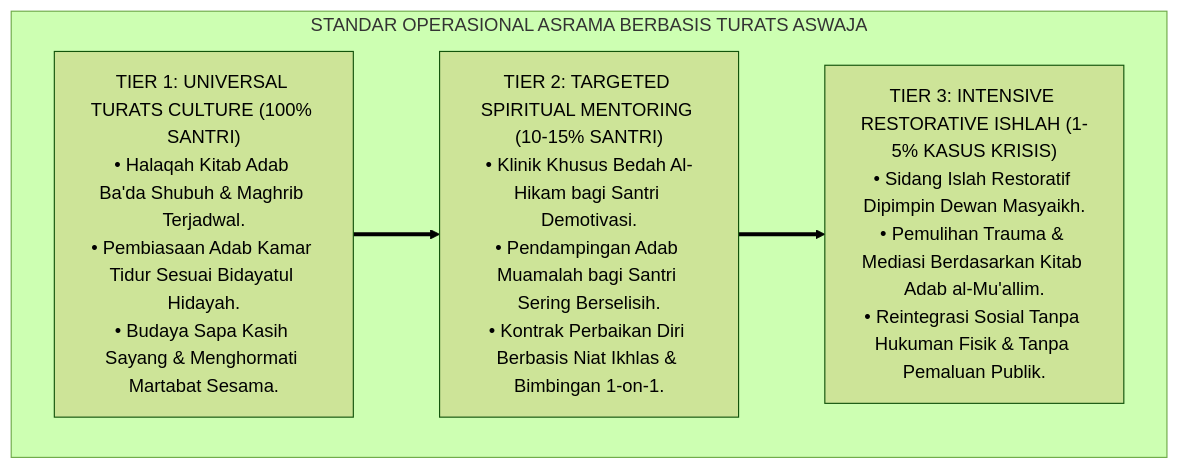
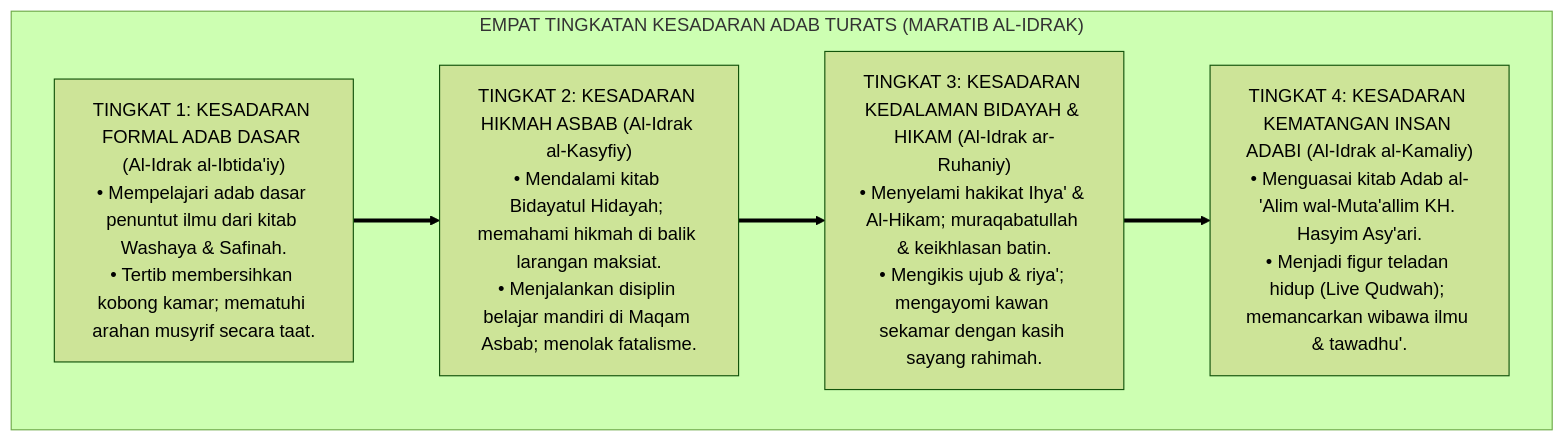
Before and after one commit to wandiapriliyandi/tumbuh: the third of 4 diagrams in 01 Philosophy/01 Worldview/01 Hakikat Realitas/P1-01-01-04-Validasi-Turats.md, drawn with Mermaid (forest theme). The commit also changed other lines of this file and 8 other files, not shown here.

Commit message:
refactor(methodology): penegasan penahapan epistemologis (Domain-Specific Staging) & eliminasi prematur J1-J4 di Domain 01 Philosophy diganti Maratib al-Idrak

````diff
--- a/01 Philosophy/01 Worldview/01 Hakikat Realitas/P1-01-01-04-Validasi-Turats.md
+++ b/01 Philosophy/01 Worldview/01 Hakikat Realitas/P1-01-01-04-Validasi-Turats.md
@@ -232,13 +148,15 @@
 ```mermaid
 flowchart TD
-    subgraph StandarOperasionalTuratsPBIS["STANDAR OPERASIONAL ASRAMA BERBASIS TURATS ASWAJA"]
+    subgraph TingkatanKesadaranTurats["EMPAT TINGKATAN KESADARAN ADAB TURATS (MARATIB AL-IDRAK)"]
         
-        Tier1_C["TIER 1: UNIVERSAL TURATS CULTURE (100% SANTRI)<br/>• Halaqah Kitab Adab Ba'da Shubuh & Maghrib Terjadwal.<br/>• Pembiasaan Adab Kamar Tidur Sesuai Bidayatul Hidayah.<br/>• Budaya Sapa Kasih Sayang & Menghormati Martabat Sesama."]
+        U1["TINGKAT 1: KESADARAN FORMAL ADAB DASAR (Al-Idrak al-Ibtida'iy)<br/>• Mempelajari adab dasar penuntut ilmu dari kitab Washaya & Safinah.<br/>• Tertib membersihkan kobong kamar; mematuhi arahan musyrif secara taat."]
         
-        Tier2_C["TIER 2: TARGETED SPIRITUAL MENTORING (10-15% SANTRI)<br/>• Klinik Khusus Bedah Al-Hikam bagi Santri Demotivasi.<br/>• Pendampingan Adab Muamalah bagi Santri Sering Berselisih.<br/>• Kontrak Perbaikan Diri Berbasis Niat Ikhlas & Bimbingan 1-on-1."]
+        U2["TINGKAT 2: KESADARAN HIKMAH ASBAB (Al-Idrak al-Kasyfiy)<br/>• Mendalami kitab Bidayatul Hidayah; memahami hikmah di balik larangan maksiat.<br/>• Menjalankan disiplin belajar mandiri di Maqam Asbab; menolak fatalisme."]
         
-        Tier3_C["TIER 3: INTENSIVE RESTORATIVE ISHLAH (1-5% KASUS KRISIS)<br/>• Sidang Islah Restoratif Dipimpin Dewan Masyaikh.<br/>• Pemulihan Trauma & Mediasi Berdasarkan Kitab Adab al-Mu'allim.<br/>• Reintegrasi Sosial Tanpa Hukuman Fisik & Tanpa Pemaluan Publik."]
+        U3["TINGKAT 3: KESADARAN KEDALAMAN BIDAYAH & HIKAM (Al-Idrak ar-Ruhaniy)<br/>• Menyelami hakikat Ihya' & Al-Hikam; muraqabatullah & keikhlasan batin.<br/>• Mengikis ujub & riya'; mengayomi kawan sekamar dengan kasih sayang rahimah."]
         
-        Tier1_C ==> Tier2_C ==> Tier3_C
+        U4["TINGKAT 4: KESADARAN KEMATANGAN INSAN ADABI (Al-Idrak al-Kamaliy)<br/>• Menguasai kitab Adab al-'Alim wal-Muta'allim KH. Hasyim Asy'ari.<br/>• Menjadi figur teladan hidup (Live Qudwah); memancarkan wibawa ilmu & tawadhu'."]
+        
+        U1 ==> U2 ==> U3 ==> U4
     end
 ```
````
